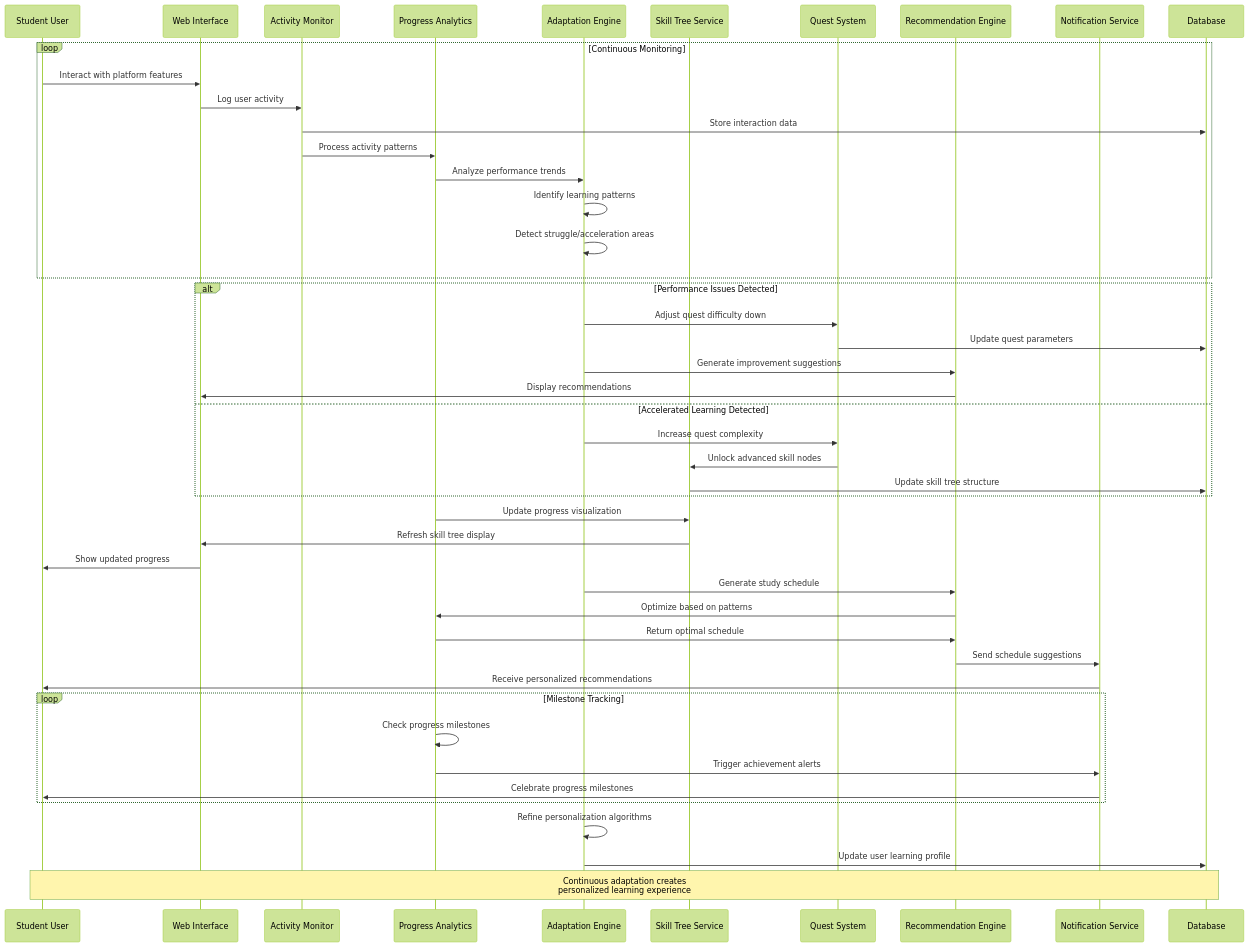
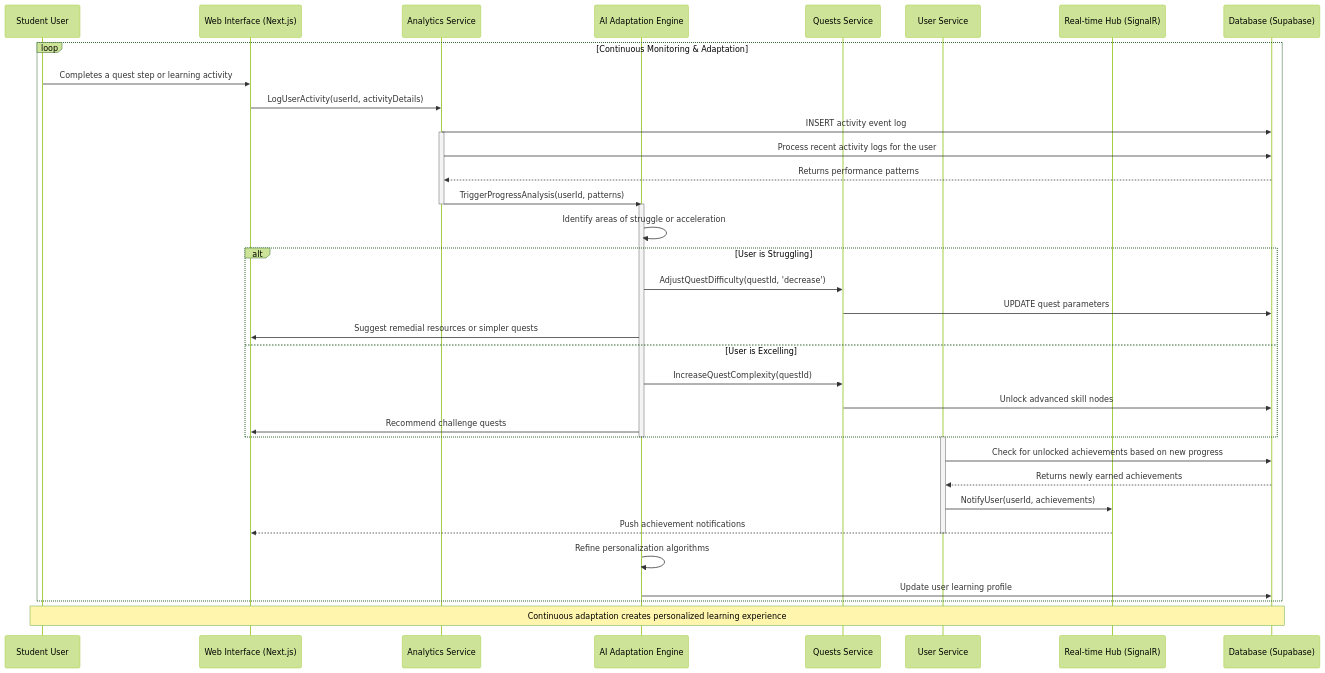
One commit to FA25SE050-RogueLearn/RogueLearn.BMAD.Documentation changed the diagram in mermaid-diagrams/sequence/07-adaptive-learning-tracking.md. Above: the diagram before and after it, drawn with Mermaid (forest theme). The commit also changed 9 other files, not shown here.

Commit message:
update: all sequence diagrams to suit new database schema

````diff
--- a/mermaid-diagrams/sequence/07-adaptive-learning-tracking.md
+++ b/mermaid-diagrams/sequence/07-adaptive-learning-tracking.md
@@ -3,60 +3,54 @@
 ```mermaid
 sequenceDiagram
     participant U as Student User
-    participant UI as Web Interface
-    participant Monitor as Activity Monitor
-    participant Analytics as Progress Analytics
-    participant AI as Adaptation Engine
-    participant STree as Skill Tree Service
-    participant Quest as Quest System
-    participant Recommend as Recommendation Engine
-    participant Notify as Notification Service
-    participant DB as Database
+    participant UI as Web Interface (Next.js)
+    participant AnalyticsService as Analytics Service
+    participant AI_Engine as AI Adaptation Engine
+    participant QuestsService as Quests Service
+    participant UserService as User Service
+    participant RealtimeHub as Real-time Hub (SignalR)
+    participant Database as Database (Supabase)
 
-    loop Continuous Monitoring
-        U->>UI: Interact with platform features
-        UI->>Monitor: Log user activity
-        Monitor->>DB: Store interaction data
+    loop Continuous Monitoring & Adaptation
+        %% Step 1: User interacts with the platform %%
+        U->>UI: Completes a quest step or learning activity
+        UI->>AnalyticsService: LogUserActivity(userId, activityDetails)
+        AnalyticsService->>Database: INSERT activity event log
+
+        %% Step 2: Analytics are processed (can be real-time or batched) %%
+        activate AnalyticsService
+        AnalyticsService->>Database: Process recent activity logs for the user
+        Database-->>AnalyticsService: Returns performance patterns
         
-        Monitor->>Analytics: Process activity patterns
-        Analytics->>AI: Analyze performance trends
+        %% Step 3: The AI Engine evaluates the user's progress %%
+        AnalyticsService->>AI_Engine: TriggerProgressAnalysis(userId, patterns)
+        deactivate AnalyticsService
         
-        AI->>AI: Identify learning patterns
-        AI->>AI: Detect struggle/acceleration areas
+        activate AI_Engine
+        AI_Engine->>AI_Engine: Identify areas of struggle or acceleration
+        
+        alt User is Struggling
+            AI_Engine->>QuestsService: AdjustQuestDifficulty(questId, 'decrease')
+            QuestsService->>Database: UPDATE quest parameters
+            AI_Engine->>UI: Suggest remedial resources or simpler quests
+        else User is Excelling
+            AI_Engine->>QuestsService: IncreaseQuestComplexity(questId)
+            QuestsService->>Database: Unlock advanced skill nodes
+            AI_Engine->>UI: Recommend challenge quests
+        end
+        deactivate AI_Engine
+
+        %% Step 4: Check for milestone achievements %%
+        activate UserService
+        UserService->>Database: Check for unlocked achievements based on new progress
+        Database-->>UserService: Returns newly earned achievements
+        UserService->>RealtimeHub: NotifyUser(userId, achievements)
+        RealtimeHub-->>UI: Push achievement notifications
+        deactivate UserService
+        
+        AI_Engine->>AI_Engine: Refine personalization algorithms
+        AI_Engine->>Database: Update user learning profile
     end
     
-    alt Performance Issues Detected
-        AI->>Quest: Adjust quest difficulty down
-        Quest->>DB: Update quest parameters
-        
-        AI->>Recommend: Generate improvement suggestions
-        Recommend->>UI: Display recommendations
-        
-    else Accelerated Learning Detected
-        AI->>Quest: Increase quest complexity
-        Quest->>STree: Unlock advanced skill nodes
-        STree->>DB: Update skill tree structure
-    end
-    
-    Analytics->>STree: Update progress visualization
-    STree->>UI: Refresh skill tree display
-    UI->>U: Show updated progress
-    
-    AI->>Recommend: Generate study schedule
-    Recommend->>Analytics: Optimize based on patterns
-    Analytics->>Recommend: Return optimal schedule
-    
-    Recommend->>Notify: Send schedule suggestions
-    Notify->>U: Receive personalized recommendations
-    
-    loop Milestone Tracking
-        Analytics->>Analytics: Check progress milestones
-        Analytics->>Notify: Trigger achievement alerts
-        Notify->>U: Celebrate progress milestones
-    end
-    
-    AI->>AI: Refine personalization algorithms
-    AI->>DB: Update user learning profile
-    
-    Note over U,DB: Continuous adaptation creates<br/>personalized learning experience
+    Note over U,Database: Continuous adaptation creates personalized learning experience
 ```
````
